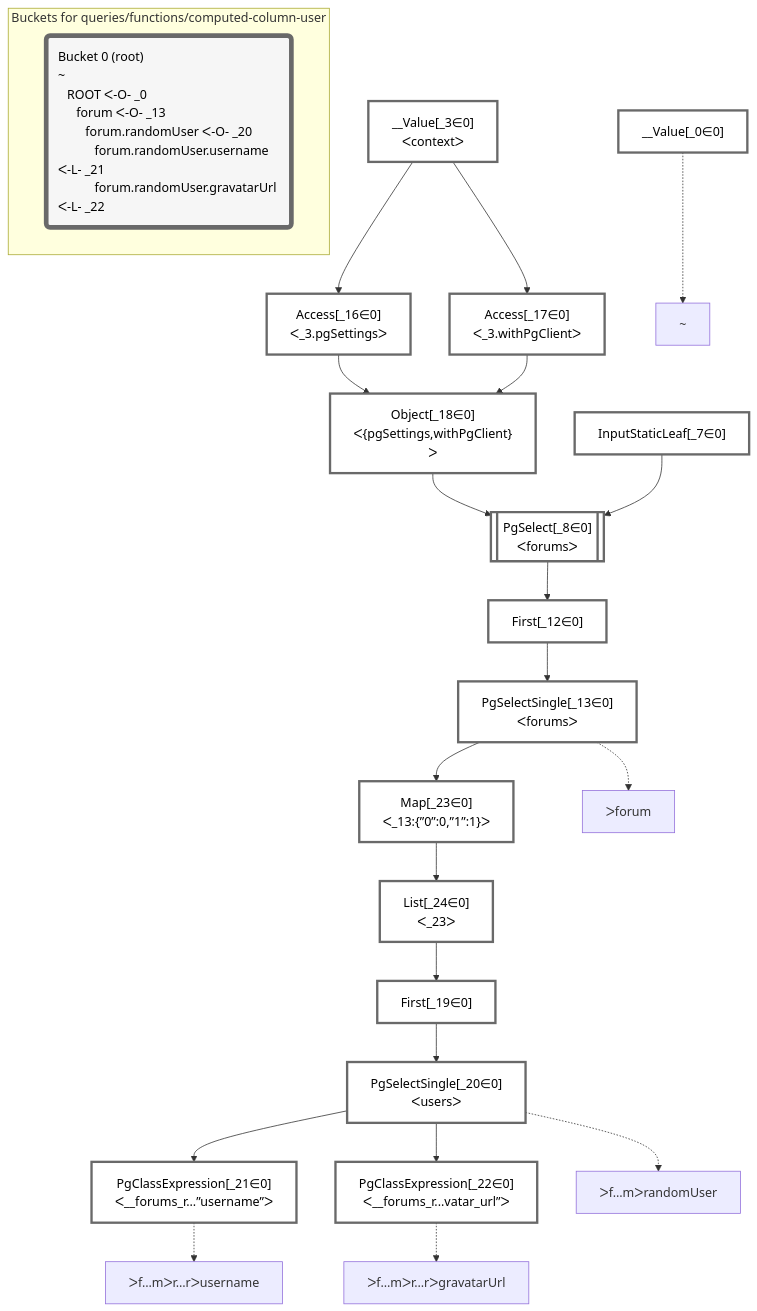
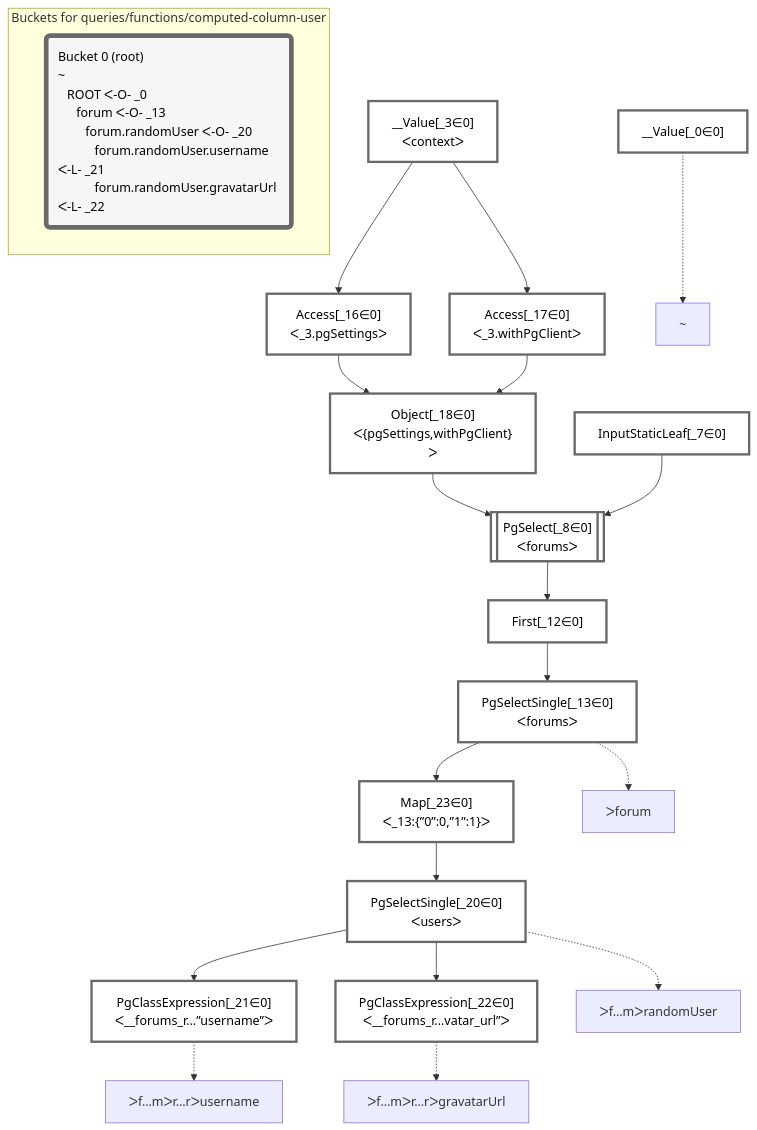
Before and after one commit to graphile/crystal: the diagram in packages/dataplan-pg/__tests__/queries/functions/computed-column-user.mermaid.md, drawn with Mermaid. The commit also changed 67 other files, not shown here.

````diff
--- a/packages/dataplan-pg/__tests__/queries/functions/computed-column-user.mermaid.md
+++ b/packages/dataplan-pg/__tests__/queries/functions/computed-column-user.mermaid.md
@@ -1,63 +1,59 @@
 ```mermaid
 graph TD
     classDef path fill:#eee,stroke:#000,color:#000
     classDef plan fill:#fff,stroke-width:3px,color:#000
     classDef itemplan fill:#fff,stroke-width:6px,color:#000
     classDef sideeffectplan fill:#f00,stroke-width:6px,color:#000
     classDef bucket fill:#f6f6f6,color:#000,stroke-width:6px,text-align:left
 
 
     %% define plans
     __Value_0["__Value[_0∈0]"]:::plan
     __Value_3["__Value[_3∈0]<br />ᐸcontextᐳ"]:::plan
     InputStaticLeaf_7["InputStaticLeaf[_7∈0]"]:::plan
     PgSelect_8[["PgSelect[_8∈0]<br />ᐸforumsᐳ"]]:::plan
     First_12["First[_12∈0]"]:::plan
     PgSelectSingle_13["PgSelectSingle[_13∈0]<br />ᐸforumsᐳ"]:::plan
     Access_16["Access[_16∈0]<br />ᐸ_3.pgSettingsᐳ"]:::plan
     Access_17["Access[_17∈0]<br />ᐸ_3.withPgClientᐳ"]:::plan
     Object_18["Object[_18∈0]<br />ᐸ{pgSettings,withPgClient}ᐳ"]:::plan
-    First_19["First[_19∈0]"]:::plan
     PgSelectSingle_20["PgSelectSingle[_20∈0]<br />ᐸusersᐳ"]:::plan
     PgClassExpression_21["PgClassExpression[_21∈0]<br />ᐸ__forums_r...”username”ᐳ"]:::plan
     PgClassExpression_22["PgClassExpression[_22∈0]<br />ᐸ__forums_r...vatar_url”ᐳ"]:::plan
     Map_23["Map[_23∈0]<br />ᐸ_13:{”0”:0,”1”:1}ᐳ"]:::plan
-    List_24["List[_24∈0]<br />ᐸ_23ᐳ"]:::plan
 
     %% plan dependencies
     Object_18 --> PgSelect_8
     InputStaticLeaf_7 --> PgSelect_8
     PgSelect_8 --> First_12
     First_12 --> PgSelectSingle_13
     __Value_3 --> Access_16
     __Value_3 --> Access_17
     Access_16 --> Object_18
     Access_17 --> Object_18
-    List_24 --> First_19
-    First_19 --> PgSelectSingle_20
+    Map_23 --> PgSelectSingle_20
     PgSelectSingle_20 --> PgClassExpression_21
     PgSelectSingle_20 --> PgClassExpression_22
     PgSelectSingle_13 --> Map_23
-    Map_23 --> List_24
 
     %% plan-to-path relationships
     P_0["~"]
     __Value_0 -.-> P_0
     P_13["ᐳforum"]
     PgSelectSingle_13 -.-> P_13
     P_20["ᐳf…mᐳrandomUser"]
     PgSelectSingle_20 -.-> P_20
     P_21["ᐳf…mᐳr…rᐳusername"]
     PgClassExpression_21 -.-> P_21
     P_22["ᐳf…mᐳr…rᐳgravatarUrl"]
     PgClassExpression_22 -.-> P_22
 
     %% allocate buckets
     classDef bucket0 stroke:#696969
-    class __Value_0,__Value_3,InputStaticLeaf_7,PgSelect_8,First_12,PgSelectSingle_13,Access_16,Access_17,Object_18,First_19,PgSelectSingle_20,PgClassExpression_21,PgClassExpression_22,Map_23,List_24 bucket0
+    class __Value_0,__Value_3,InputStaticLeaf_7,PgSelect_8,First_12,PgSelectSingle_13,Access_16,Access_17,Object_18,PgSelectSingle_20,PgClassExpression_21,PgClassExpression_22,Map_23 bucket0
 
     subgraph "Buckets for queries/functions/computed-column-user"
     Bucket0("Bucket 0 (root)<br />~<br />⠀ROOT ᐸ-O- _0<br />⠀⠀forum ᐸ-O- _13<br />⠀⠀⠀forum.randomUser ᐸ-O- _20<br />⠀⠀⠀⠀forum.randomUser.username ᐸ-L- _21<br />⠀⠀⠀⠀forum.randomUser.gravatarUrl ᐸ-L- _22"):::bucket
     style Bucket0 stroke:#696969
     end
 ```
````
